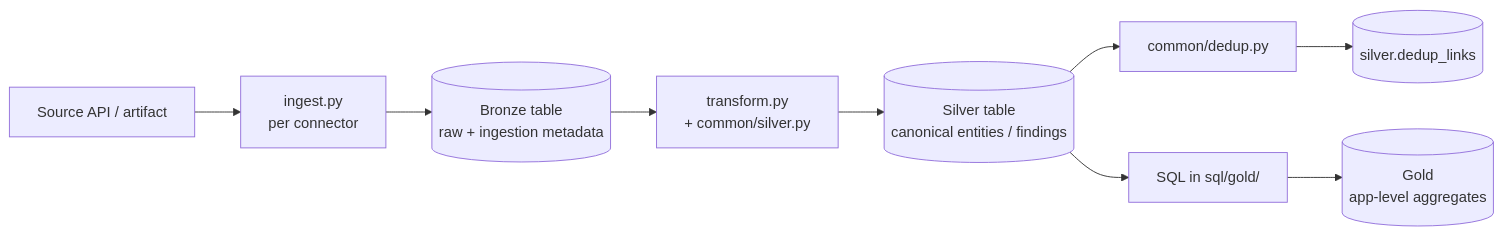
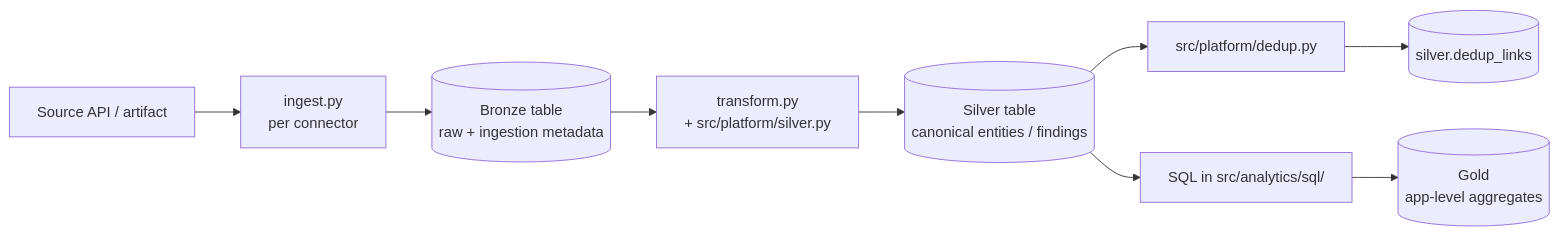
Before and after one commit to vkraus/appsec-mvp: the diagram in mkdocs/docs/platform/index.md, drawn with Mermaid. The commit also changed other lines of this file and 13 other files, not shown here.

````diff
--- a/mkdocs/docs/platform/index.md
+++ b/mkdocs/docs/platform/index.md
@@ -86,11 +76,11 @@
 ```mermaid
 flowchart LR
     src[Source API / artifact] --> ingest[ingest.py<br/>per connector]
     ingest --> bronze[(Bronze table<br/>raw + ingestion metadata)]
-    bronze --> transform[transform.py<br/>+ common/silver.py]
+    bronze --> transform[transform.py<br/>+ src/platform/silver.py]
     transform --> silver[(Silver table<br/>canonical entities / findings)]
-    silver --> dedup[common/dedup.py]
+    silver --> dedup[src/platform/dedup.py]
     dedup --> silverlinks[(silver.dedup_links)]
-    silver --> gold[SQL in sql/gold/]
+    silver --> gold[SQL in src/analytics/sql/]
     gold --> gold_tables[(Gold<br/>app-level aggregates)]
 ```
````
